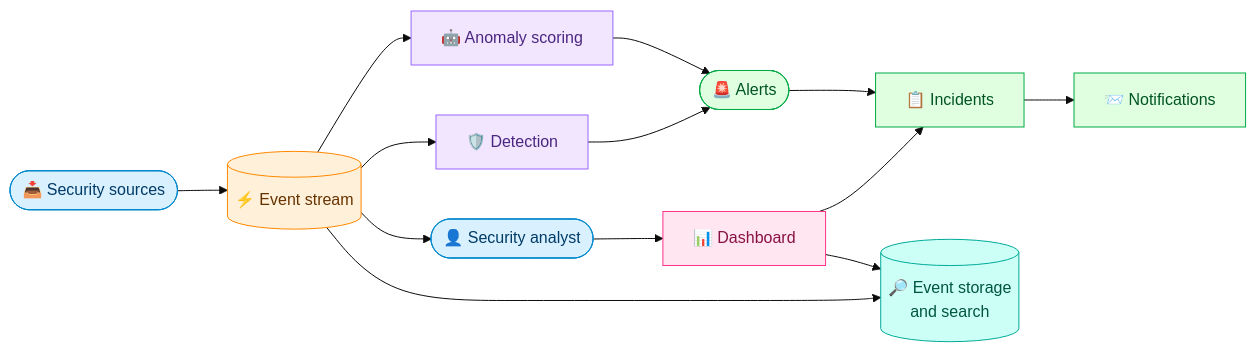
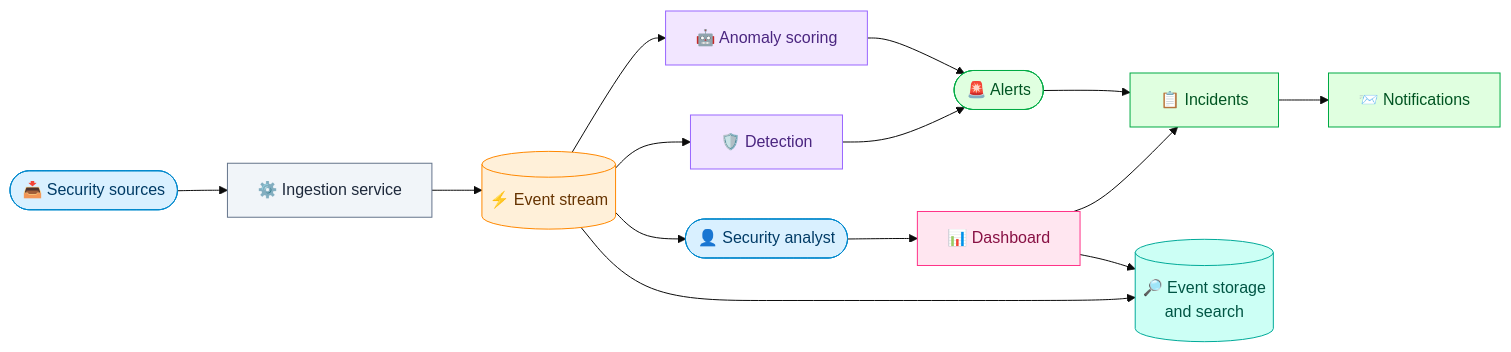
The diagram in README.md (SecOpsCore/docs), drawn with Mermaid (base theme) before and after one commit. The commit also changed other lines of this file, not shown here.

````diff
--- a/README.md
+++ b/README.md
@@ -16,40 +16,44 @@
 ```mermaid
 flowchart LR
     SRC(["📥 Security sources"])
+    ING["⚙️ Ingestion service"]
     KFK[("⚡ Event stream")]
     ML["🤖 Anomaly scoring"]
     TI["🛡️ Detection"]
     HUM(["👤 Security analyst"])
     ALR(["🚨 Alerts"])
     INC["📋 Incidents"]
     NOT["📨 Notifications"]
     DSH["📊 Dashboard"]
     DB[("🔎 Event storage<br/>and search")]
     
-    SRC --> KFK
+    SRC --> ING
+    ING --> KFK
     KFK --> ML
     KFK --> TI
     KFK --> HUM
     KFK --> DB
     ML --> ALR
     TI --> ALR
     ALR --> INC
     INC --> NOT
     HUM --> DSH
     DSH --> INC
     DSH --> DB
 
     classDef source fill:#d9f0ff,stroke:#0088cc,color:#003b66
+    classDef pipeline fill:#f1f5f9,stroke:#64748b,color:#1e293b
     classDef stream fill:#fff0d9,stroke:#ff8800,color:#663300
     classDef detection fill:#f2e6ff,stroke:#9966ff,color:#4b2680
     classDef alert fill:#e0ffe0,stroke:#00aa44,color:#005522
     classDef dashboard fill:#ffe6f0,stroke:#ff3388,color:#881144
     classDef storage fill:#ccfff5,stroke:#00aa99,color:#005544
 
     class SRC,HUM source
+    class ING pipeline
     class KFK stream
     class ML,TI detection
     class ALR,INC,NOT alert
     class DSH dashboard
     class DB storage
 ```
````
